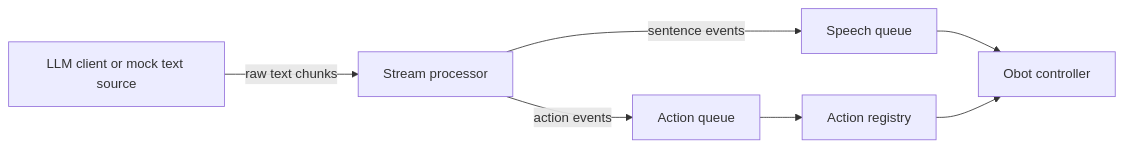
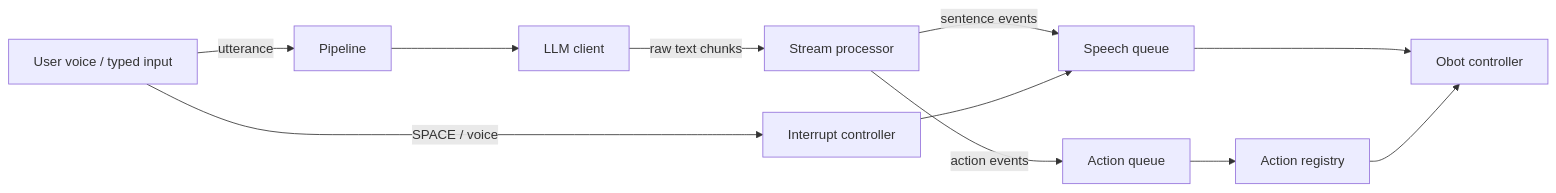
Before and after one commit to BloodWolfPlayer/UbiqSystems-OhBot-Behaviors-Engine: the diagram in README.md, drawn with Mermaid. The commit also changed other lines of this file and 17 other files, not shown here.

````diff
--- a/README.md
+++ b/README.md
@@ -16,9 +16,13 @@
 ```mermaid
 flowchart LR
-    LLM[LLM client or mock text source] -->|raw text chunks| Processor[Stream processor]
+    User[User voice / typed input] -->|utterance| Pipeline
+    Pipeline --> LLM[LLM client]
+    LLM[LLM client] -->|raw text chunks| Processor[Stream processor]
     Processor -->|sentence events| SpeechQueue[Speech queue]
     Processor -->|action events| ActionQueue[Action queue]
     SpeechQueue --> Controller[Obot controller]
     ActionQueue --> Registry[Action registry]
     Registry --> Controller
+    User -->|SPACE / voice| Interrupt[Interrupt controller]
+    Interrupt --> SpeechQueue
 ```
````
